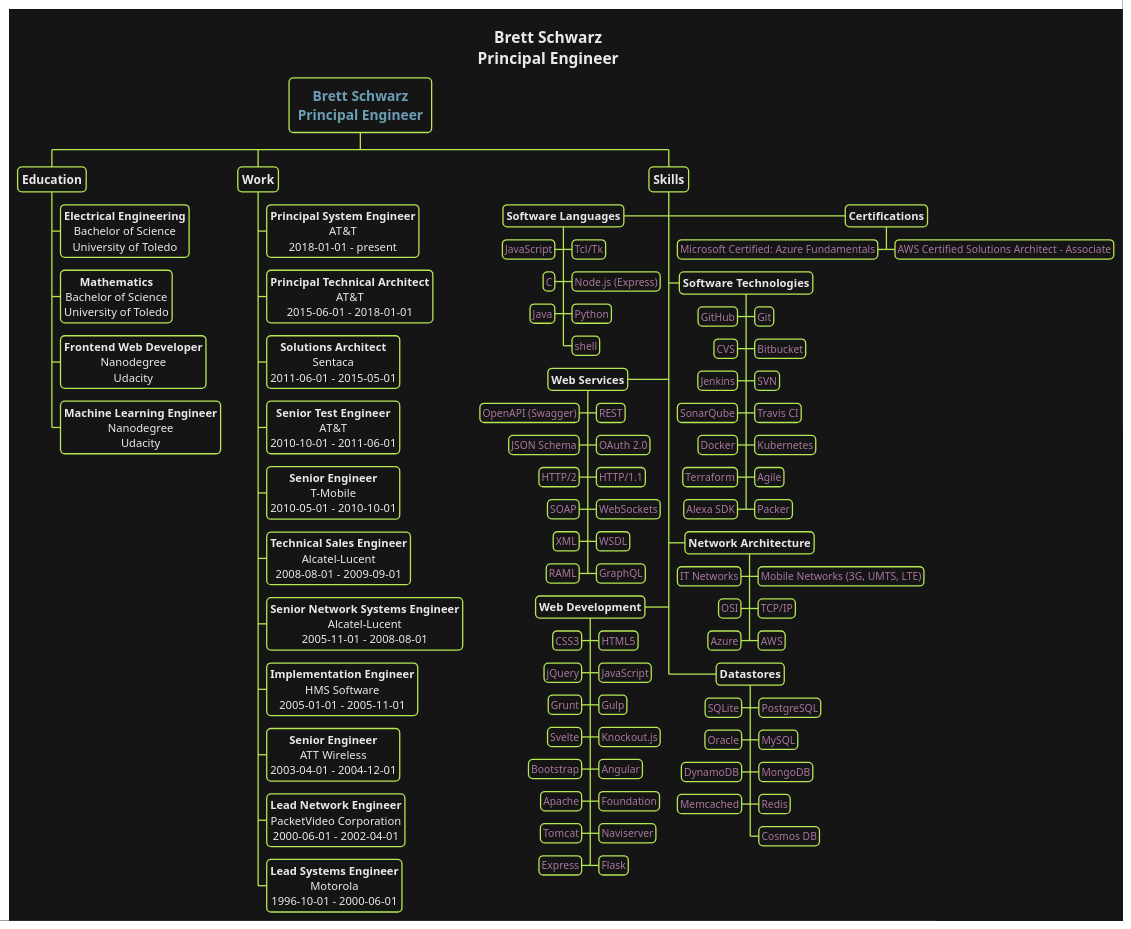
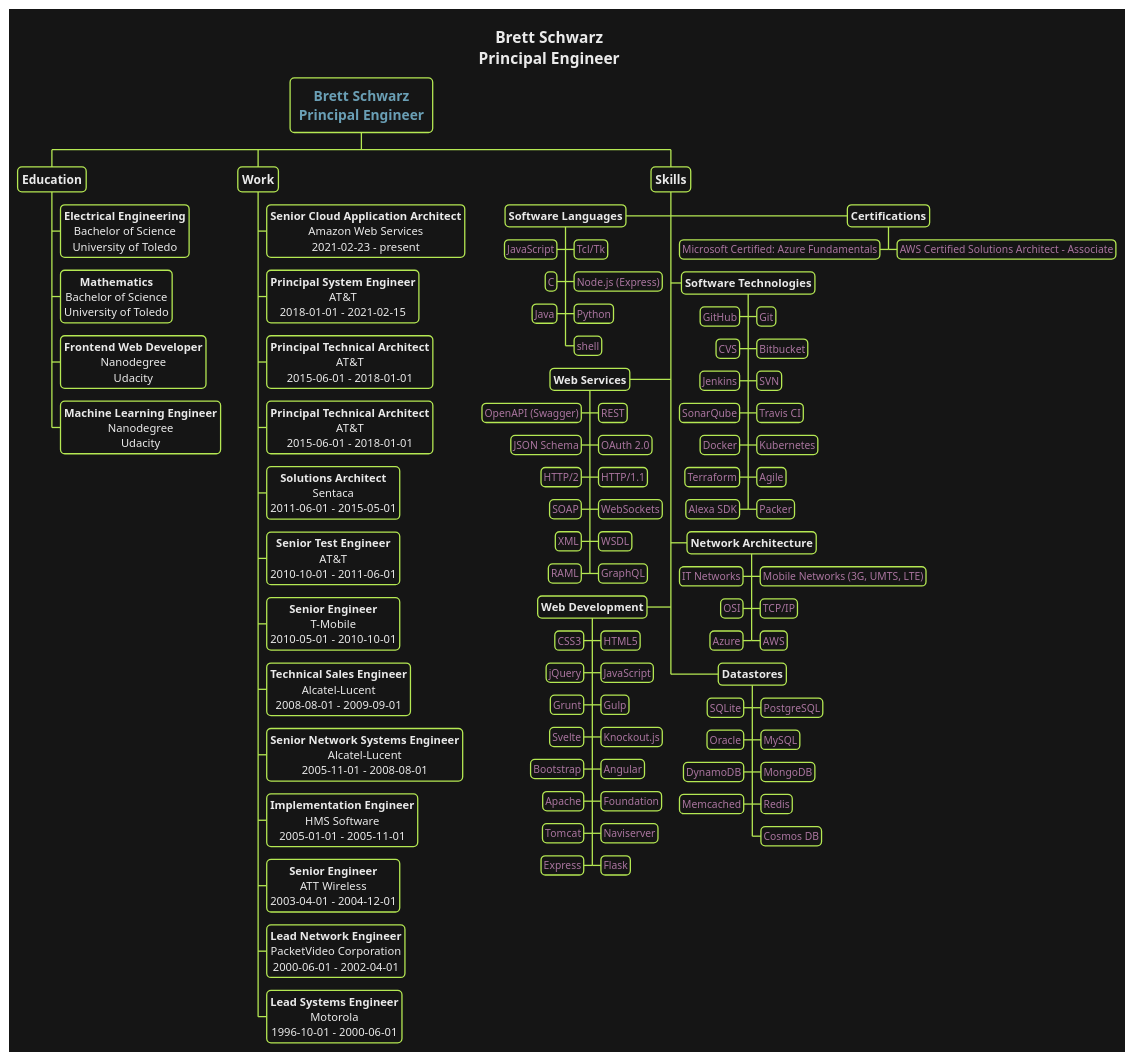
One commit to bschwarz/bschwarz.github.io changed the diagram in assets/files/resume-dark.puml. Above: the diagram before and after it, drawn with PlantUML. The commit also changed 3 other files, not shown here.

```diff
--- a/assets/files/resume-dark.puml
+++ b/assets/files/resume-dark.puml
@@ -1,140 +1,142 @@
 @startwbs
 
 skinparam backgroundColor transparent
 
 
 skinparam  {
     defaultFontName   "Verdana"
     defaultFontSize   12
     defaultTextAlignment center
     shadowing false
     RoundCorner 10
     TitleFontSize 18
     TitleFontColor #eaeaea
 }
 <style>
 wbsDiagram {
     LineColor #b5e853
     BorderThickness 3
     BackgroundColor #151515
     FontColor #eaeaea
     :depth(0) {
         fontSize 16
         fontStyle bold
         fontColor #6a9fb5
     }
     :depth(1) {
         fontSize 14
         padding 5
         fontStyle bold
     }
     :depth(2) {
         fontSize 13
         padding 4
     }
     :depth(3) {
         fontSize 12
         padding 3
         fontColor #aa759f
     }
 
 }
 </style>
 
 
 
 title Brett Schwarz\nPrincipal Engineer
 
 * Brett Schwarz\nPrincipal Engineer
 ** Education
 *** <b>Electrical Engineering\nBachelor of Science\nUniversity of Toledo
 *** <b>Mathematics\nBachelor of Science\nUniversity of Toledo
 *** <b>Frontend Web Developer\nNanodegree\nUdacity
 *** <b>Machine Learning Engineer\nNanodegree\nUdacity
 ** Work
-*** <b>Principal System Engineer\nAT&T\n2018-01-01 - present
+*** <b>Senior Cloud Application Architect\nAmazon Web Services\n2021-02-23 - present
+*** <b>Principal System Engineer\nAT&T\n2018-01-01 - 2021-02-15
+*** <b>Principal Technical Architect\nAT&T\n2015-06-01 - 2018-01-01
 *** <b>Principal Technical Architect\nAT&T\n2015-06-01 - 2018-01-01
 *** <b>Solutions Architect\nSentaca\n2011-06-01 - 2015-05-01
 *** <b>Senior Test Engineer\nAT&T\n2010-10-01 - 2011-06-01
 *** <b>Senior Engineer\nT-Mobile\n2010-05-01 - 2010-10-01
 *** <b>Technical Sales Engineer\nAlcatel-Lucent\n2008-08-01 - 2009-09-01
 *** <b>Senior Network Systems Engineer\nAlcatel-Lucent\n2005-11-01 - 2008-08-01
 *** <b>Implementation Engineer\nHMS Software\n2005-01-01 - 2005-11-01
 *** <b>Senior Engineer\nATT Wireless\n2003-04-01 - 2004-12-01
 *** <b>Lead Network Engineer\nPacketVideo Corporation\n2000-06-01 - 2002-04-01
 *** <b>Lead Systems Engineer\nMotorola\n1996-10-01 - 2000-06-01
 ** Skills
 ***> <b>Certifications
 ****> AWS Certified Solutions Architect - Associate
 ****< Microsoft Certified: Azure Fundamentals
 ***< <b>Software Languages
 ****> Tcl/Tk
 ****< JavaScript
 ****> Node.js (Express)
 ****< C
 ****> Python
 ****< Java
 ****> shell
 ***> <b>Software Technologies
 ****> Git
 ****< GitHub
 ****> Bitbucket
 ****< CVS
 ****> SVN
 ****< Jenkins
 ****> Travis CI
 ****< SonarQube
 ****> Kubernetes
 ****< Docker
 ****> Agile
 ****< Terraform
 ****> Packer
 ****< Alexa SDK
 ***< <b>Web Services
 ****> REST
 ****< OpenAPI (Swagger)
 ****> OAuth 2.0
 ****< JSON Schema
 ****> HTTP/1.1
 ****< HTTP/2
 ****> WebSockets
 ****< SOAP
 ****> WSDL
 ****< XML
 ****> GraphQL
 ****< RAML
 ***> <b>Network Architecture
 ****> Mobile Networks (3G, UMTS, LTE)
 ****< IT Networks
 ****> TCP/IP
 ****< OSI
 ****> AWS
 ****< Azure
 ***< <b>Web Development
 ****> HTML5
 ****< CSS3
 ****> JavaScript
 ****< jQuery
 ****> Gulp
 ****< Grunt
 ****> Knockout.js
 ****< Svelte
 ****> Angular
 ****< Bootstrap
 ****> Foundation
 ****< Apache
 ****> Naviserver
 ****< Tomcat
 ****> Flask
 ****< Express
 ***> <b>Datastores
 ****> PostgreSQL
 ****< SQLite
 ****> MySQL
 ****< Oracle
 ****> MongoDB
 ****< DynamoDB
 ****> Redis
 ****< Memcached
 ****> Cosmos DB
 @endwbs
```
